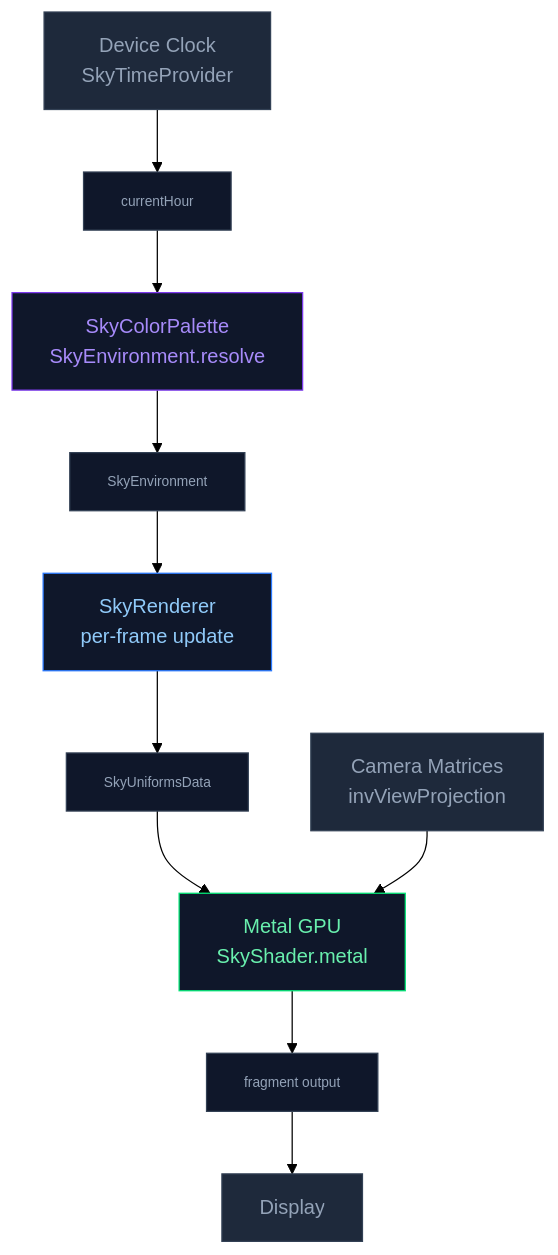
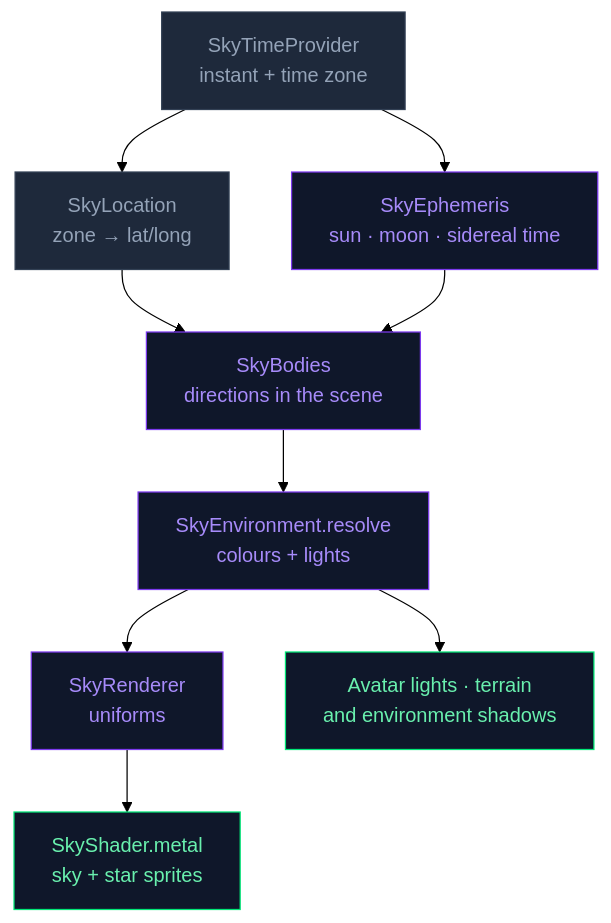
The diagram in docs/Sky_System.md (kevinliddel/NeuraLink), drawn with Mermaid (forest theme) before and after one commit. The commit also changed other lines of this file and 35 other files, not shown here.

````diff
--- a/docs/Sky_System.md
+++ b/docs/Sky_System.md
@@ -42,32 +86,23 @@
 ```mermaid
 graph TD
-    Clock["Device Clock\nSkyTimeProvider"]
-    Palette["SkyColorPalette\nSkyEnvironment.resolve"]
-    Renderer["SkyRenderer\nper-frame update"]
-    GPU["Metal GPU\nSkyShader.metal"]
-    Display["Display"]
-    Camera["Camera Matrices\ninvViewProjection"]
+    Clock["SkyTimeProvider<br/>instant + time zone"]
+    Place["SkyLocation<br/>zone → lat/long"]
+    Ephemeris["SkyEphemeris<br/>sun · moon · sidereal time"]
+    Bodies["SkyBodies<br/>directions in the scene"]
+    Palette["SkyEnvironment.resolve<br/>colours + lights"]
+    Renderer["SkyRenderer<br/>uniforms"]
+    GPU["SkyShader.metal<br/>sky + star sprites"]
+    Lights["Avatar lights · terrain<br/>and environment shadows"]
 
-    E1["currentHour"]
-    E2["SkyEnvironment"]
-    E3["SkyUniformsData"]
-    E4["fragment output"]
+    Clock --> Place --> Bodies
+    Clock --> Ephemeris --> Bodies
+    Bodies --> Palette --> Renderer --> GPU
+    Palette --> Lights
 
-    Clock --> E1 --> Palette
-    Palette --> E2 --> Renderer
-    Renderer --> E3 --> GPU
-    GPU --> E4 --> Display
-    Camera --> GPU
-
-    style Clock fill:#1e293b,stroke:#334155,color:#94a3b8
-    style Palette fill:#0f172a,stroke:#7c3aed,color:#a78bfa
-    style Renderer fill:#0f172a,stroke:#2979ff,color:#90caf9
-    style GPU fill:#0f172a,stroke:#00e676,color:#69f0ae
-    style Camera fill:#1e293b,stroke:#334155,color:#94a3b8
-    style Display fill:#1e293b,stroke:#334155,color:#94a3b8
-
-    style E1 fill:#0f172a,stroke:#334155,color:#94a3b8,font-size:11px
-    style E2 fill:#0f172a,stroke:#334155,color:#94a3b8,font-size:11px
-    style E3 fill:#0f172a,stroke:#334155,color:#94a3b8,font-size:11px
-    style E4 fill:#0f172a,stroke:#334155,color:#94a3b8,font-size:11px
+    classDef source fill:#1e293b,stroke:#334155,color:#94a3b8
+    classDef logic fill:#0f172a,stroke:#7c3aed,color:#a78bfa
+    classDef gpu fill:#0f172a,stroke:#00e676,color:#69f0ae
+    class Clock,Place source
+    class Ephemeris,Bodies,Palette,Renderer logic
+    class GPU,Lights gpu
 ```
````
